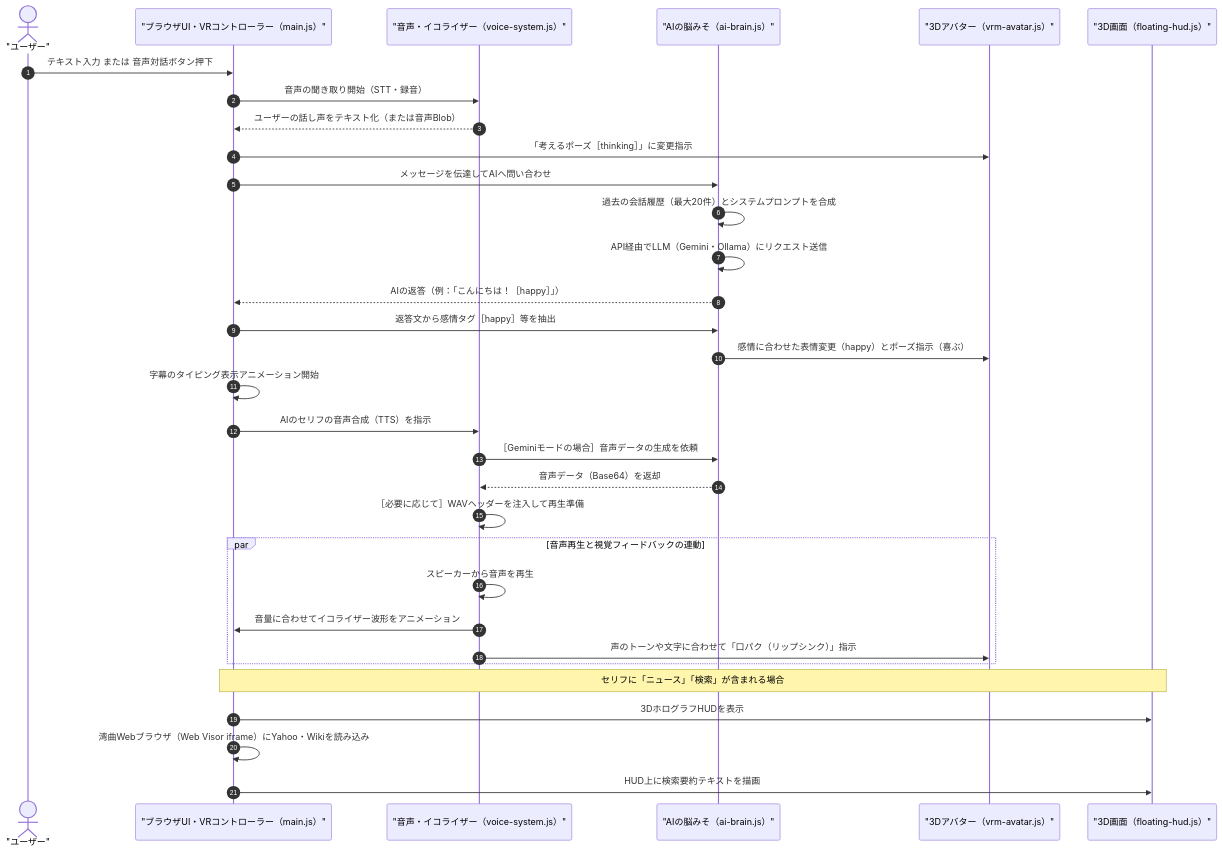
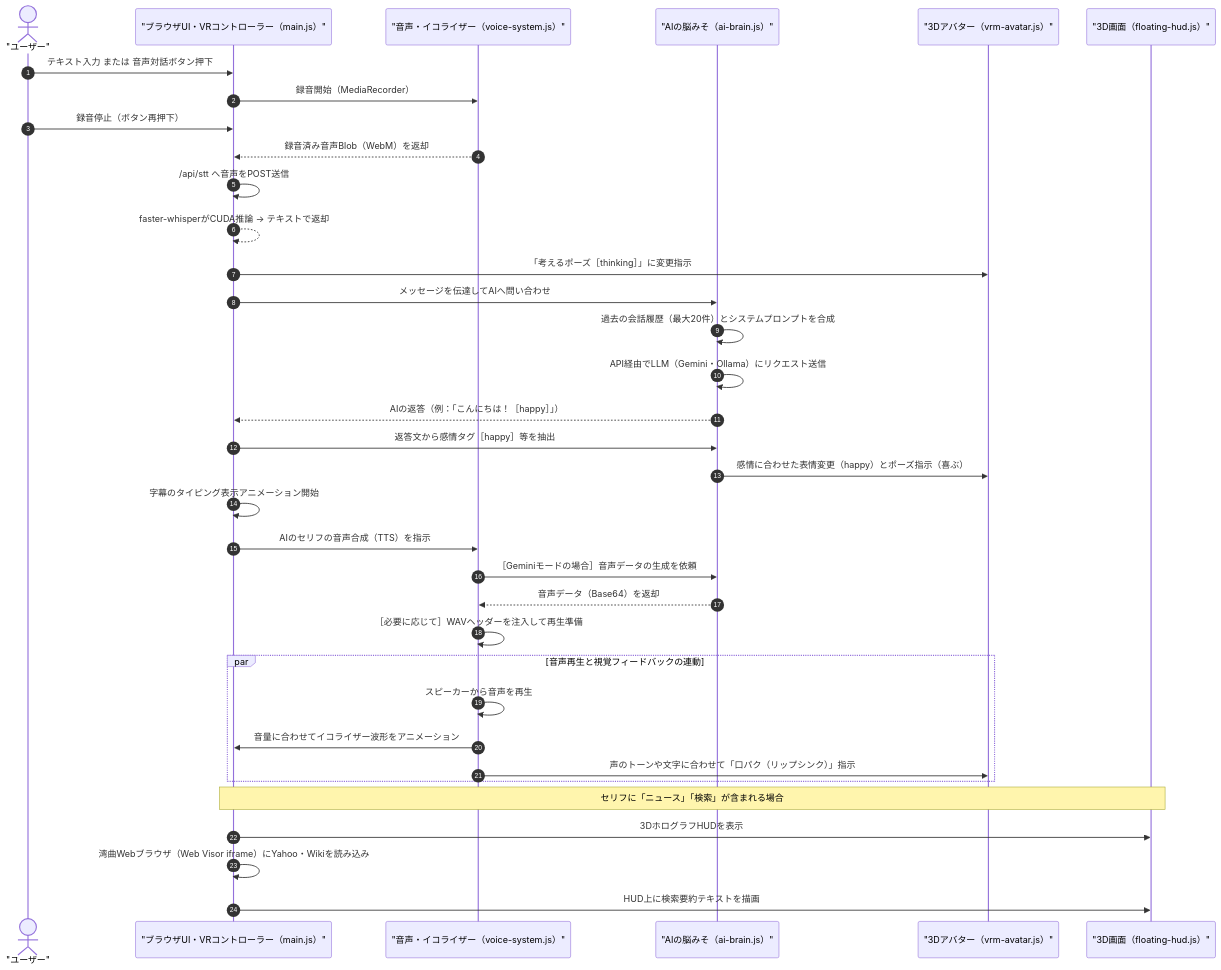
One commit to ohban730/alpha-synapse changed the second of 4 diagrams in docs/architecture.md. Above: the diagram before and after it, drawn with Mermaid. The commit also changed other lines of this file and 6 other files, not shown here.

First line of the commit message:
feat(stt): implement local speech-to-text (STT) with faster-whisper

````diff
--- a/docs/architecture.md
+++ b/docs/architecture.md
@@ -112,45 +115,48 @@
 ```mermaid
 sequenceDiagram
     autonumber
     actor U as "ユーザー"
     participant UI as "ブラウザUI・VRコントローラー（main.js）"
     participant VS as "音声・イコライザー（voice-system.js）"
     participant AB as "AIの脳みそ（ai-brain.js）"
     participant AV as "3Dアバター（vrm-avatar.js）"
     participant HUD as "3D画面（floating-hud.js）"
 
     %% 1. 入力フェーズ
     U->>UI: テキスト入力 または 音声対話ボタン押下
-    UI->>VS: 音声の聞き取り開始（STT・録音）
-    VS-->>UI: ユーザーの話し声をテキスト化（または音声Blob）
+    UI->>VS: 録音開始（MediaRecorder）
+    U->>UI: 録音停止（ボタン再押下）
+    VS-->>UI: 録音済み音声Blob（WebM）を返却
+    UI->>UI: /api/stt へ音声をPOST送信
+    UI-->>UI: faster-whisperがCUDA推論 → テキストで返却
 
     %% 2. AI思考フェーズ
     UI->>AV: 「考えるポーズ［thinking］」に変更指示
     UI->>AB: メッセージを伝達してAIへ問い合わせ
     AB->>AB: 過去の会話履歴（最大20件）とシステムプロンプトを合成
     AB->>AB: API経由でLLM（Gemini・Ollama）にリクエスト送信
     AB-->>UI: AIの返答（例：「こんにちは！［happy］」）
 
     %% 3. パース・演出フェーズ
     UI->>AB: 返答文から感情タグ［happy］等を抽出
     AB->>AV: 感情に合わせた表情変更（happy）とポーズ指示（喜ぶ）
     UI->>UI: 字幕のタイピング表示アニメーション開始
     
     %% 4. 音声生成・出力フェーズ
     UI->>VS: AIのセリフの音声合成（TTS）を指示
     VS->>AB: ［Geminiモードの場合］音声データの生成を依頼
     AB-->>VS: 音声データ（Base64）を返却
     VS->>VS: ［必要に応じて］WAVヘッダーを注入して再生準備
     
     par 音声再生と視覚フィードバックの連動
         VS->>VS: スピーカーから音声を再生
         VS->>UI: 音量に合わせてイコライザー波形をアニメーション
         VS->>AV: 声のトーンや文字に合わせて「口パク（リップシンク）」指示
     end
 
     %% 5. ニュース・検索連携 (キーワード検知時)
     Note over UI,HUD: セリフに「ニュース」「検索」が含まれる場合
     UI->>HUD: 3DホログラフHUDを表示
     UI->>UI: 湾曲Webブラウザ（Web Visor iframe）にYahoo・Wikiを読み込み
     UI->>HUD: HUD上に検索要約テキストを描画
 ```
````
